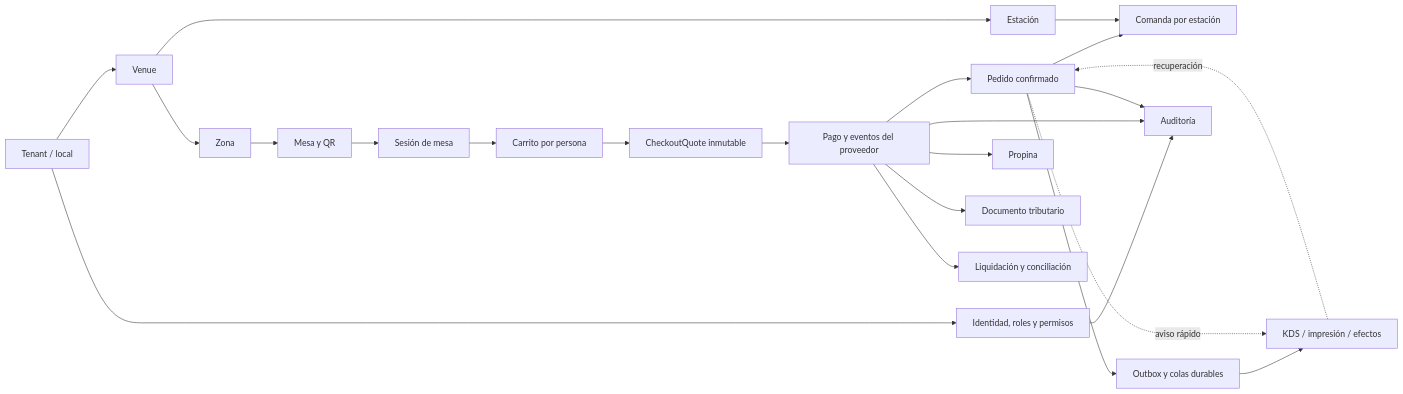
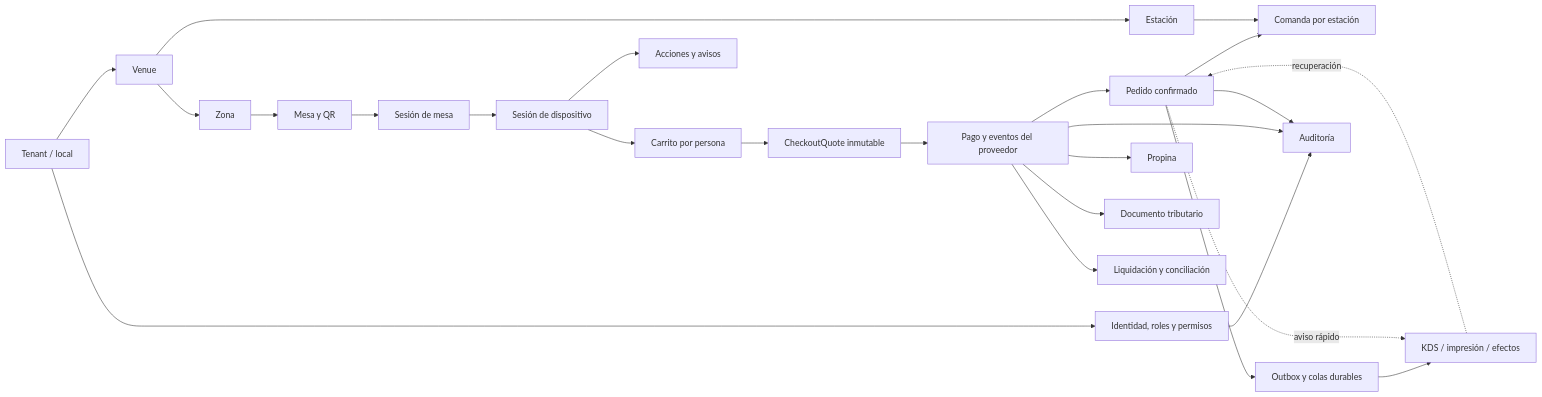
Before and after one commit to jtmenesesg-arch/tablio: the diagram in docs/DOMAIN_MAP.md, drawn with Mermaid. The commit also changed other lines of this file and 8 other files, not shown here.

````diff
--- a/docs/DOMAIN_MAP.md
+++ b/docs/DOMAIN_MAP.md
@@ -19,29 +19,31 @@
 ```mermaid
 flowchart LR
   tenant["Tenant / local"] --> venue["Venue"]
   venue --> zone["Zona"]
   zone --> table["Mesa y QR"]
   venue --> station["Estación"]
 
   tenant --> access["Identidad, roles y permisos"]
   table --> session["Sesión de mesa"]
-  session --> cart["Carrito por persona"]
+  session --> device["Sesión de dispositivo"]
+  device --> cart["Carrito por persona"]
   cart --> quote["CheckoutQuote inmutable"]
   quote --> payment["Pago y eventos del proveedor"]
   payment --> order["Pedido confirmado"]
   order --> ticket["Comanda por estación"]
   station --> ticket
+  device --> action["Acciones y avisos"]
 
   payment --> tip["Propina"]
   payment --> tax["Documento tributario"]
   payment --> settlement["Liquidación y conciliación"]
 
   order --> outbox["Outbox y colas durables"]
   outbox --> kds["KDS / impresión / efectos"]
   order -. "aviso rápido" .-> kds
   kds -. "recuperación" .-> order
 
   access --> audit["Auditoría"]
   payment --> audit
   order --> audit
 ```
````
